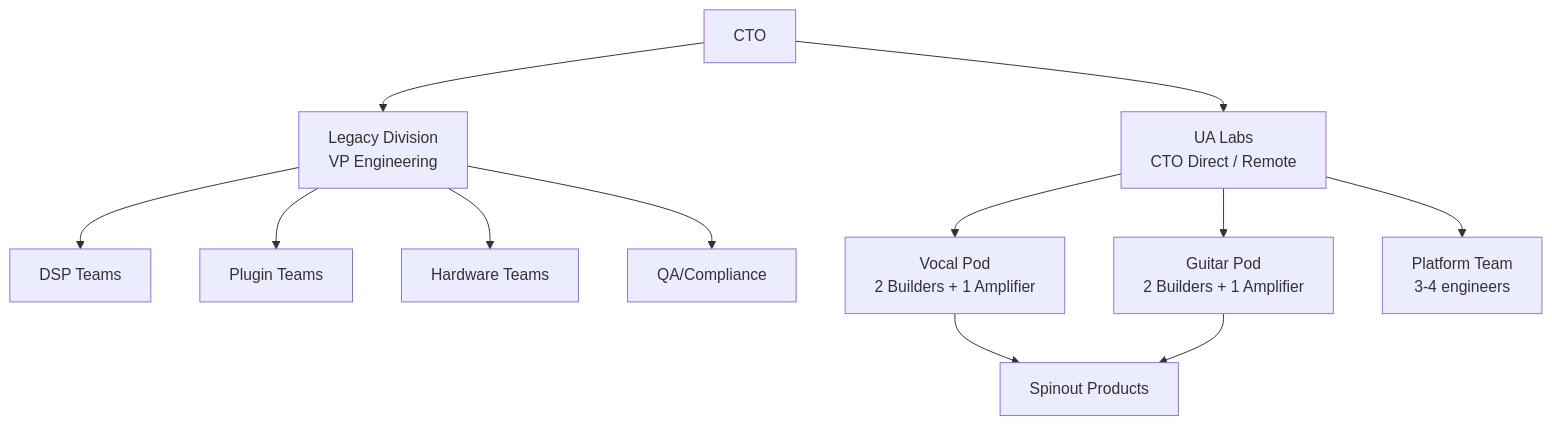
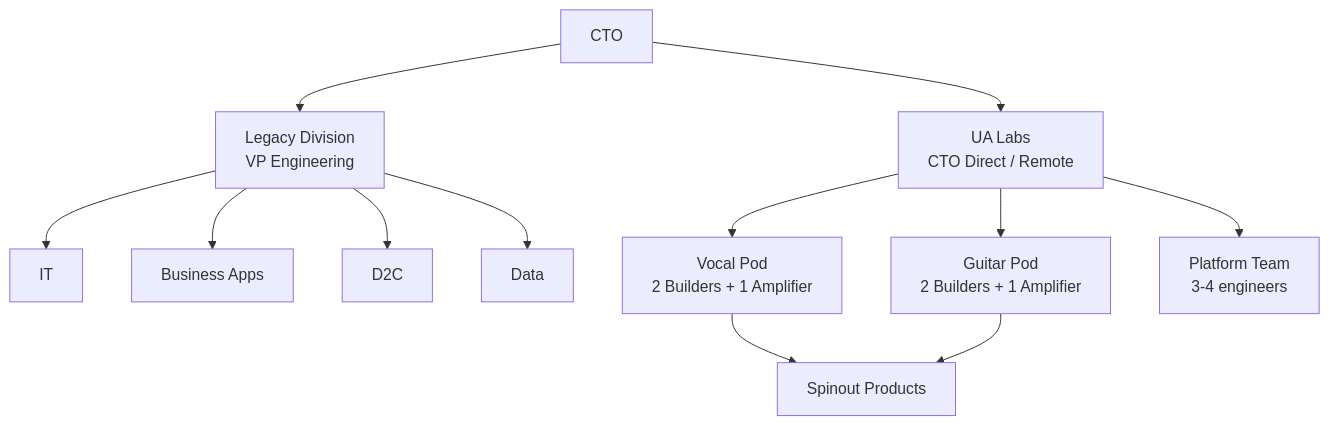
The diagram in ua-labs/overview.mdx (ethank/docs), drawn with Mermaid before and after one commit.

Commit message:
Fix legacy teams: IT, Business Apps, D2C, Data

````diff
--- a/ua-labs/overview.mdx
+++ b/ua-labs/overview.mdx
@@ -11,18 +11,18 @@
 ```mermaid
 flowchart TB
     CTO[CTO]
     CTO --> Legacy[Legacy Division<br/>VP Engineering]
     CTO --> Labs[UA Labs<br/>CTO Direct / Remote]
 
-    Legacy --> DSP[DSP Teams]
-    Legacy --> Plugins[Plugin Teams]
-    Legacy --> Hardware[Hardware Teams]
-    Legacy --> QA[QA/Compliance]
+    Legacy --> IT[IT]
+    Legacy --> BizApps[Business Apps]
+    Legacy --> D2C[D2C]
+    Legacy --> Data[Data]
 
     Labs --> Vocal[Vocal Pod<br/>2 Builders + 1 Amplifier]
     Labs --> Guitar[Guitar Pod<br/>2 Builders + 1 Amplifier]
     Labs --> Platform[Platform Team<br/>3-4 engineers]
 
     Vocal --> SpinoutV[Spinout Products]
     Guitar --> SpinoutV
 ```
````
